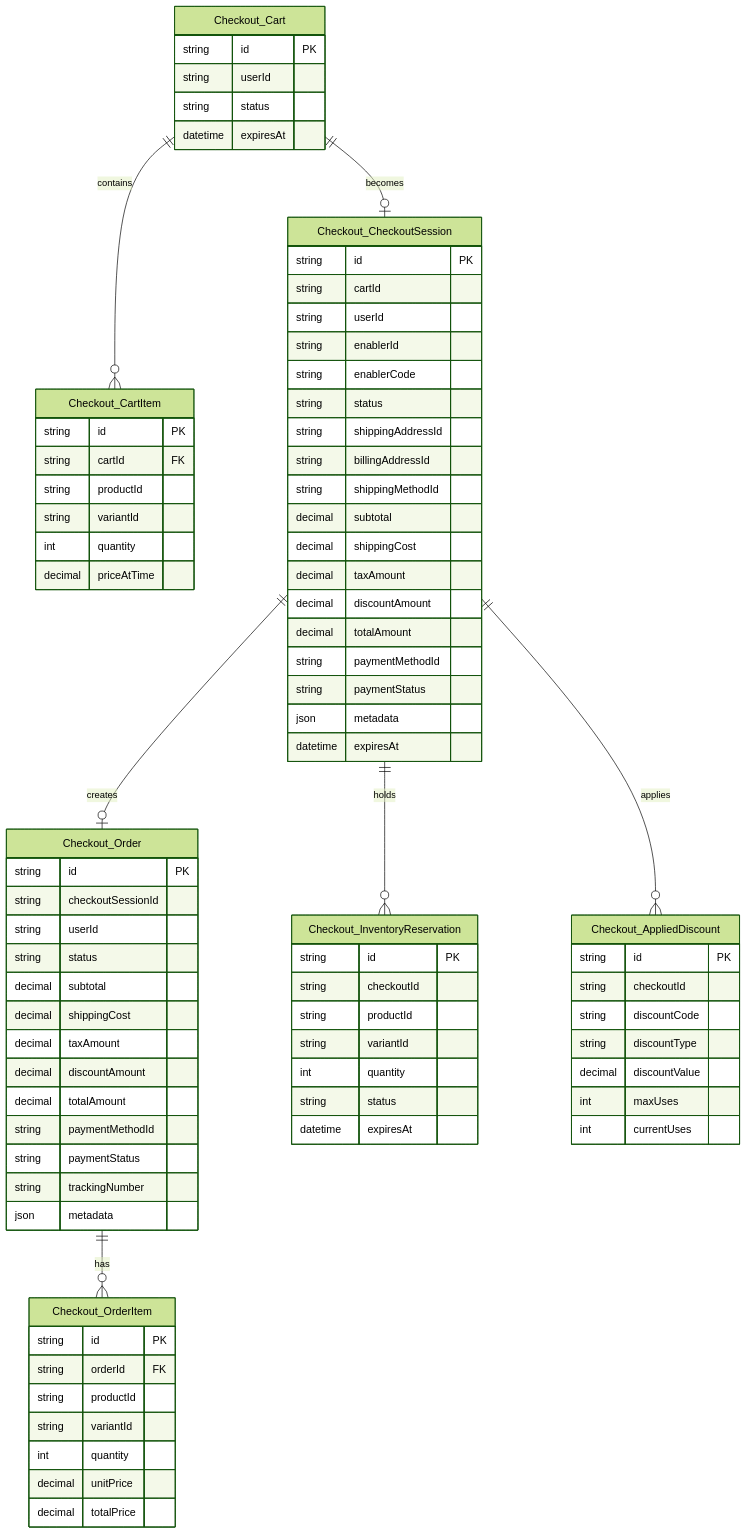
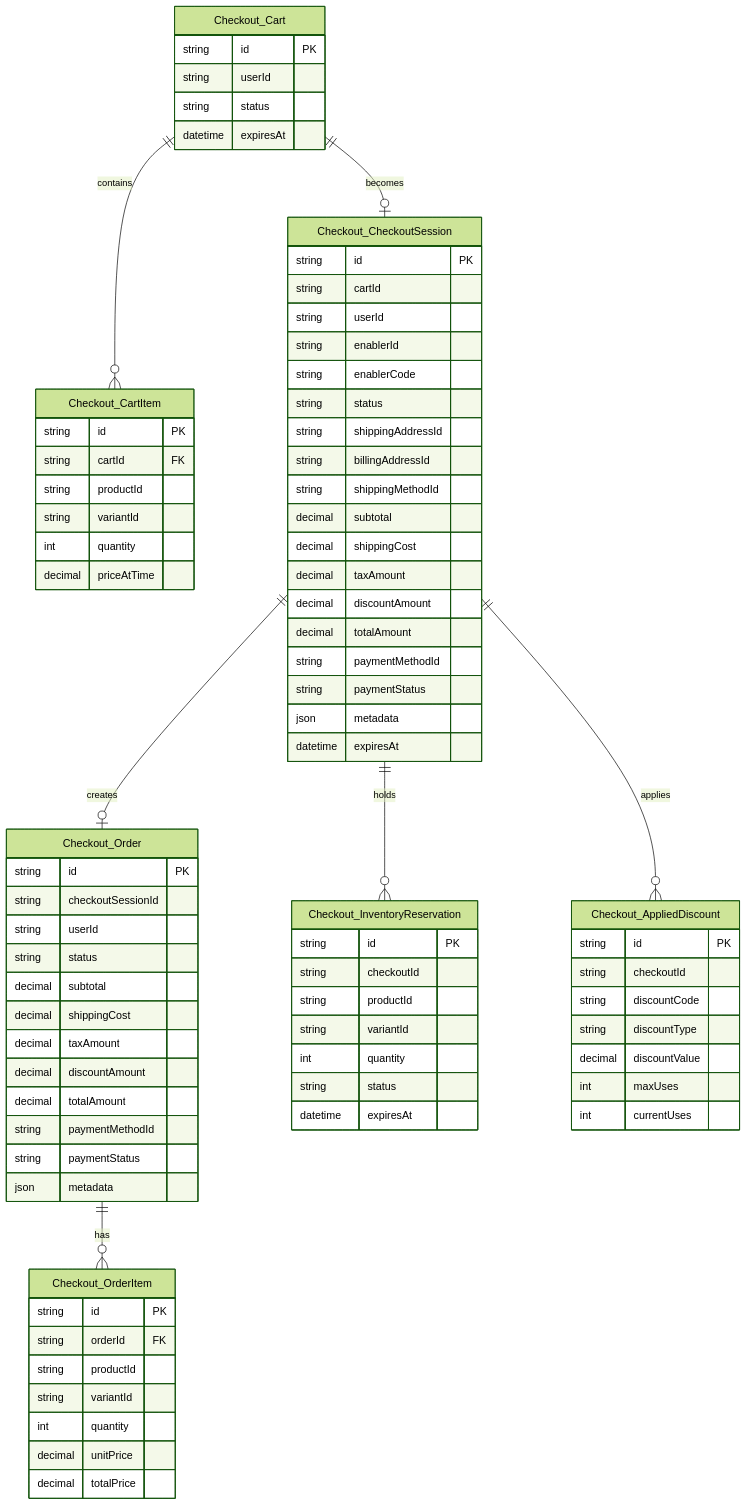
One commit to maysar-014/maysar-express-backend changed the fifth of 23 diagrams in docs/architecture/database-relationship-diagrams.md. Above: the diagram before and after it, drawn with Mermaid (forest theme). The commit also changed other lines of this file and 312 other files, not shown here.

```diff
--- a/docs/architecture/database-relationship-diagrams.md
+++ b/docs/architecture/database-relationship-diagrams.md
@@ -542,7 +542,6 @@
         decimal totalAmount
         string paymentMethodId
         string paymentStatus
-        string trackingNumber
         json metadata
     }
 
```
